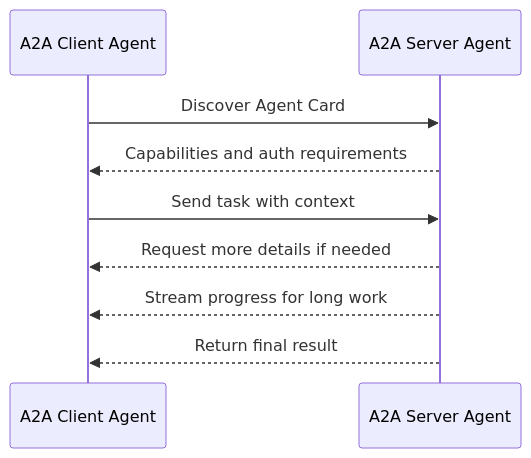
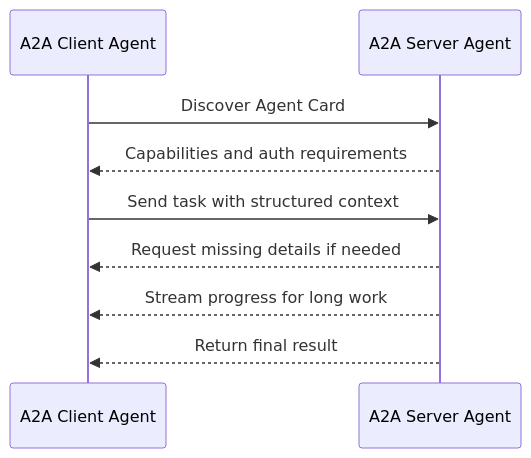
Before and after one commit to WebexSamples/webex-ai-agents: the first of 2 diagrams in AI_CookBook/docs/a2a.md, drawn with Mermaid. The commit also changed other lines of this file, not shown here.

````diff
--- a/AI_CookBook/docs/a2a.md
+++ b/AI_CookBook/docs/a2a.md
@@ -53,11 +79,11 @@
 ```mermaid
 sequenceDiagram
     participant Client as A2A Client Agent
     participant Server as A2A Server Agent
     Client->>Server: Discover Agent Card
     Server-->>Client: Capabilities and auth requirements
-    Client->>Server: Send task with context
-    Server-->>Client: Request more details if needed
+    Client->>Server: Send task with structured context
+    Server-->>Client: Request missing details if needed
     Server-->>Client: Stream progress for long work
     Server-->>Client: Return final result
 ```
````
